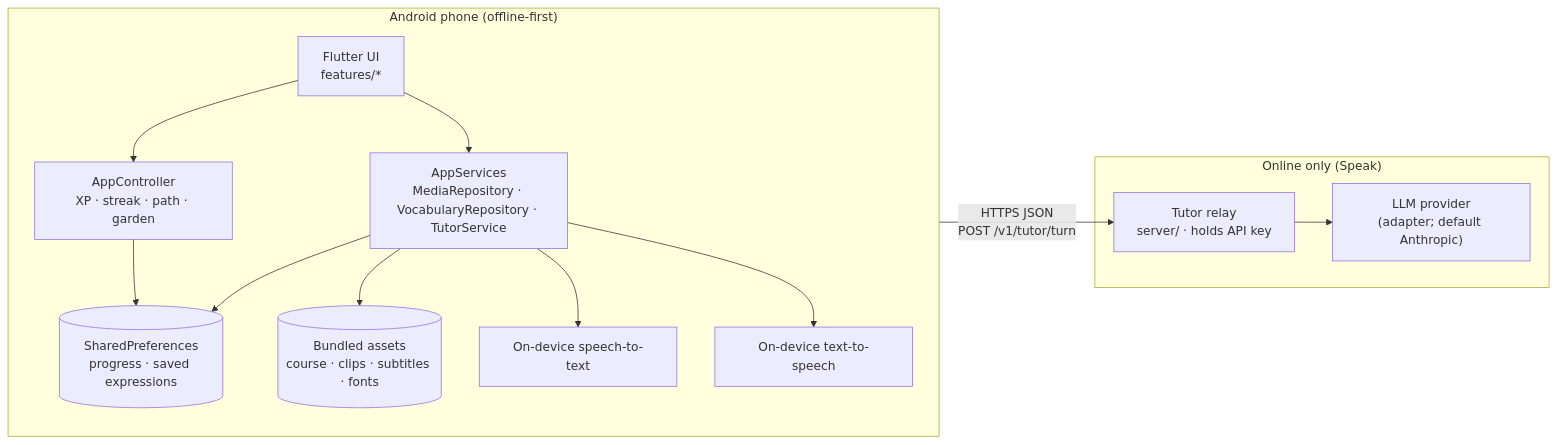
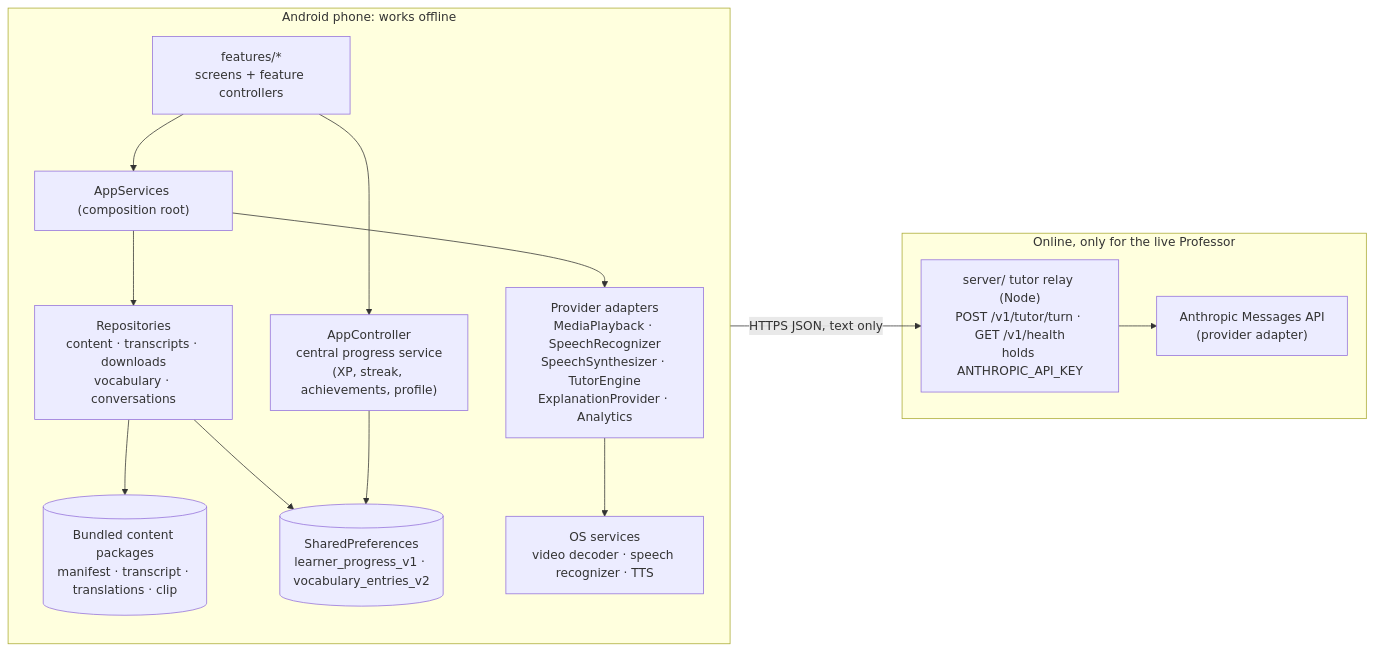
Before and after one commit to salahadin-hassen/Ethio-linguo: the diagram in docs/ARCHITECTURE.md, drawn with Mermaid. The commit also changed other lines of this file and 25 other files, not shown here.

Commit message:
Document actual implementation: architecture, contracts, governance, AI integration, ADRs

````diff
--- a/docs/ARCHITECTURE.md
+++ b/docs/ARCHITECTURE.md
@@ -7,26 +7,28 @@
 ```mermaid
 flowchart LR
-  subgraph Phone["Android phone (offline-first)"]
+  subgraph Phone["Android phone: works offline"]
     direction TB
-    UI["Flutter UI<br/>features/*"]
-    APP["AppController<br/>XP · streak · path · garden"]
-    SVC["AppServices<br/>MediaRepository · VocabularyRepository · TutorService"]
-    ASSETS[("Bundled assets<br/>course · clips · subtitles · fonts")]
-    PREFS[("SharedPreferences<br/>progress · saved expressions")]
-    STT["On-device speech-to-text"]
-    TTS["On-device text-to-speech"]
-    UI --> APP
+    UI["features/*<br/>screens + feature controllers"]
+    PROG["AppController<br/>central progress service<br/>(XP, streak, achievements, profile)"]
+    SVC["AppServices (composition root)"]
+    REPO["Repositories<br/>content · transcripts · downloads<br/>vocabulary · conversations"]
+    PROV["Provider adapters<br/>MediaPlayback · SpeechRecognizer<br/>SpeechSynthesizer · TutorEngine<br/>ExplanationProvider · Analytics"]
+    ASSETS[("Bundled content packages<br/>manifest · transcript · translations · clip")]
+    PREFS[("SharedPreferences<br/>learner_progress_v1 · vocabulary_entries_v2")]
+    OS["OS services<br/>video decoder · speech recognizer · TTS"]
+    UI --> PROG
     UI --> SVC
-    APP --> PREFS
-    SVC --> ASSETS
-    SVC --> PREFS
-    SVC --> STT
-    SVC --> TTS
+    SVC --> REPO
+    SVC --> PROV
+    REPO --> ASSETS
+    REPO --> PREFS
+    PROG --> PREFS
+    PROV --> OS
   end
-  subgraph Cloud["Online only (Speak)"]
-    RELAY["Tutor relay<br/>server/ · holds API key"]
-    LLM["LLM provider<br/>(adapter; default Anthropic)"]
+  subgraph Cloud["Online, only for the live Professor"]
+    RELAY["server/ tutor relay (Node)<br/>POST /v1/tutor/turn · GET /v1/health<br/>holds ANTHROPIC_API_KEY"]
+    LLM["Anthropic Messages API<br/>(provider adapter)"]
     RELAY --> LLM
   end
-  SVC -- "HTTPS JSON<br/>POST /v1/tutor/turn" --> RELAY
+  PROV -- "HTTPS JSON, text only" --> RELAY
 ```
````
